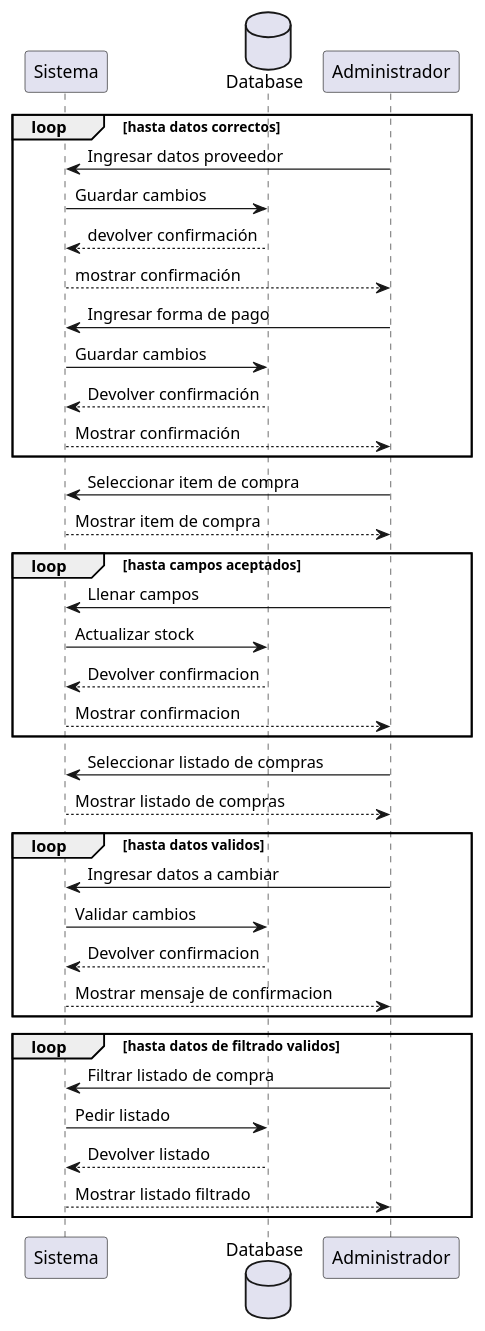
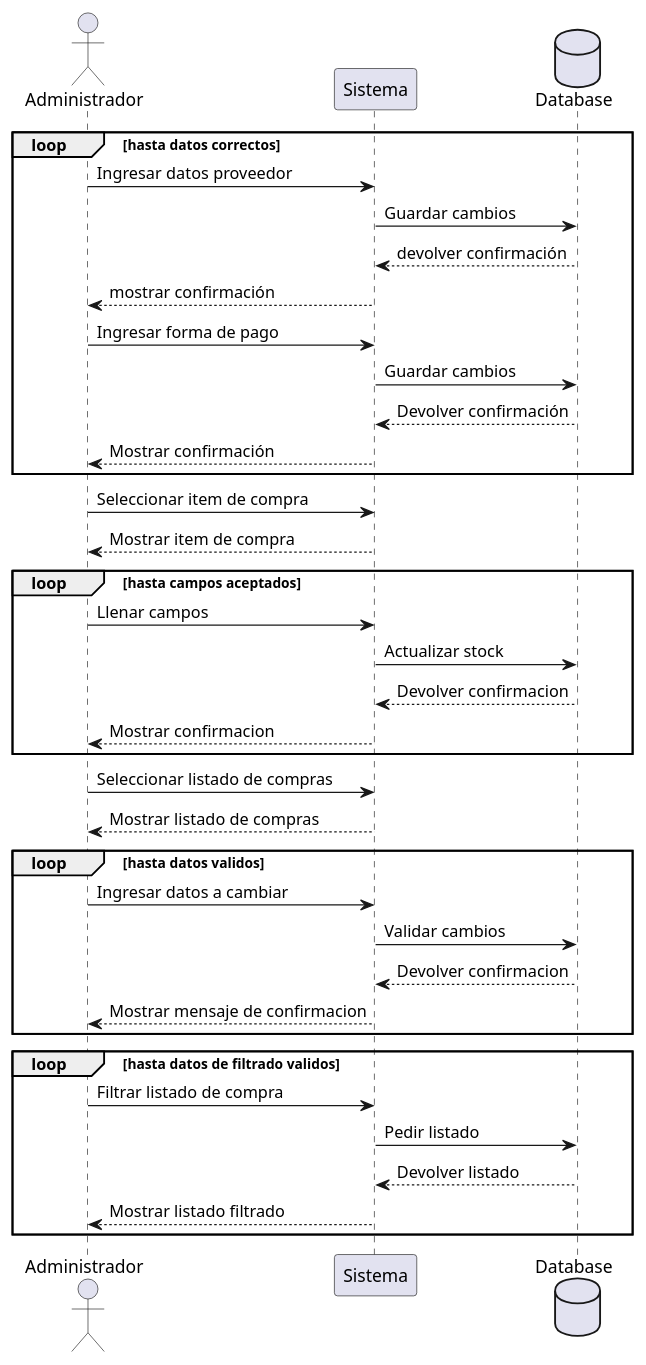
Before and after one commit to Luci1274/PPI_Proyecto_gomeria: the diagram in 08-Diagrama-secuencia/01_Registrar_compra.puml, drawn with PlantUML. The commit also changed 7 other files, not shown here.

Commit message:
diagrama entidad relacion ultima version

```diff
--- a/08-Diagrama-secuencia/01_Registrar_compra.puml
+++ b/08-Diagrama-secuencia/01_Registrar_compra.puml
@@ -1,39 +1,40 @@
 @startuml 
 
+actor Administrador
 participant Sistema
 database Database as DB
 
 loop hasta datos correctos
     Administrador -> Sistema: Ingresar datos proveedor
     Sistema -> DB: Guardar cambios
     DB --> Sistema: devolver confirmación
     Sistema --> Administrador: mostrar confirmación
     Administrador -> Sistema: Ingresar forma de pago
     Sistema -> DB: Guardar cambios
     DB --> Sistema: Devolver confirmación
     Sistema --> Administrador: Mostrar confirmación
 end
 Administrador -> Sistema: Seleccionar item de compra
 Sistema --> Administrador: Mostrar item de compra
 loop hasta campos aceptados
     Administrador -> Sistema: Llenar campos
     Sistema -> DB: Actualizar stock
     DB --> Sistema: Devolver confirmacion
     Sistema --> Administrador: Mostrar confirmacion
 end
 Administrador -> Sistema: Seleccionar listado de compras
 Sistema --> Administrador: Mostrar listado de compras
 loop hasta datos validos
     Administrador -> Sistema: Ingresar datos a cambiar
     Sistema -> DB: Validar cambios
     DB --> Sistema: Devolver confirmacion
     Sistema --> Administrador: Mostrar mensaje de confirmacion
 end
 loop hasta datos de filtrado validos
     Administrador -> Sistema: Filtrar listado de compra
     Sistema -> DB: Pedir listado
     DB --> Sistema: Devolver listado
     Sistema --> Administrador: Mostrar listado filtrado
 end
 
 @enduml
```
